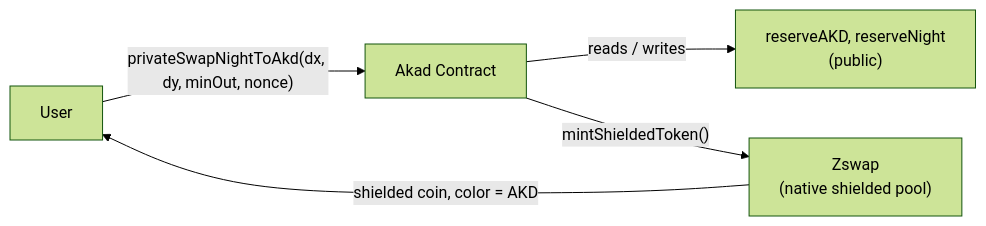
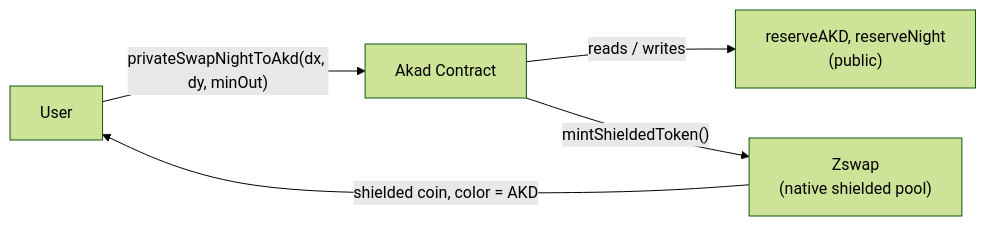
One commit to dzakwannajmi/akad changed the fifth of 5 diagrams in README.md. Above: the diagram before and after it, drawn with Mermaid (forest theme). The commit also changed other lines of this file, not shown here.

First line of the commit message:
docs: update README to the shielded-pair contract and add traction

````diff
--- a/README.md
+++ b/README.md
@@ -195,7 +195,7 @@
 ```mermaid
 flowchart LR
-  U["User"] -->|"privateSwapNightToAkd(dx, dy, minOut, nonce)"| TC["Akad Contract"]
+  U["User"] -->|"privateSwapNightToAkd(dx, dy, minOut)"| TC["Akad Contract"]
   TC -->|"reads / writes"| R["reserveAKD, reserveNight<br/>(public)"]
   TC -->|"mintShieldedToken()"| ZS["Zswap<br/>(native shielded pool)"]
   ZS -->|"shielded coin, color = AKD"| U
 ```
````
